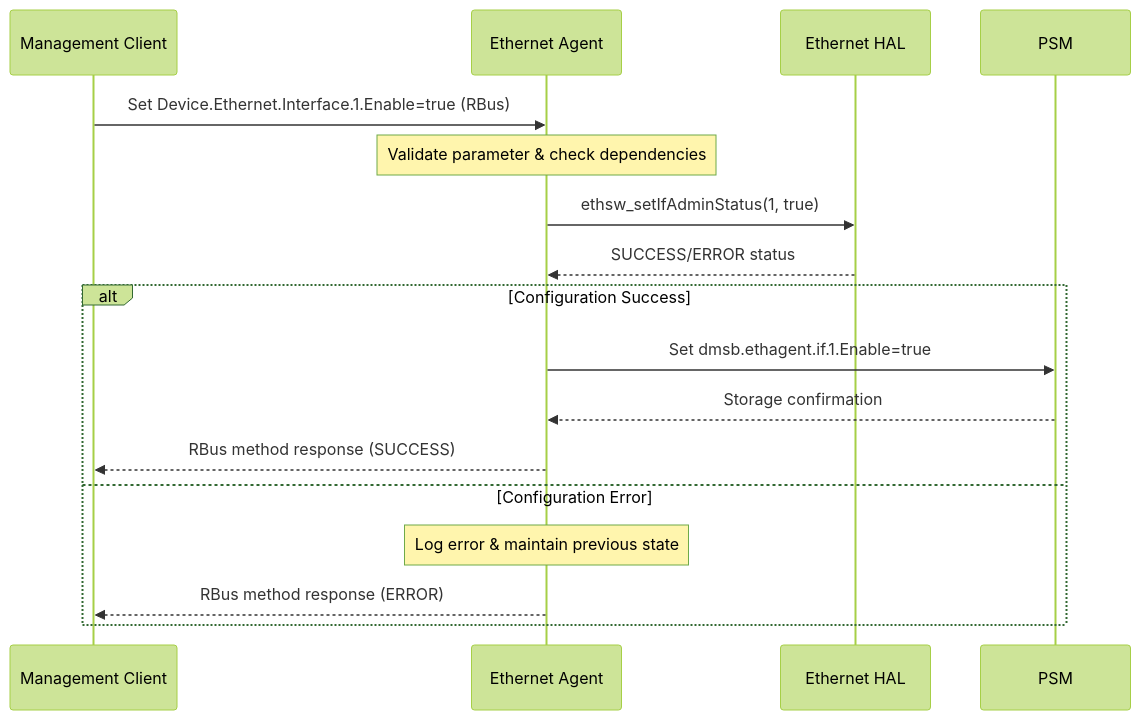
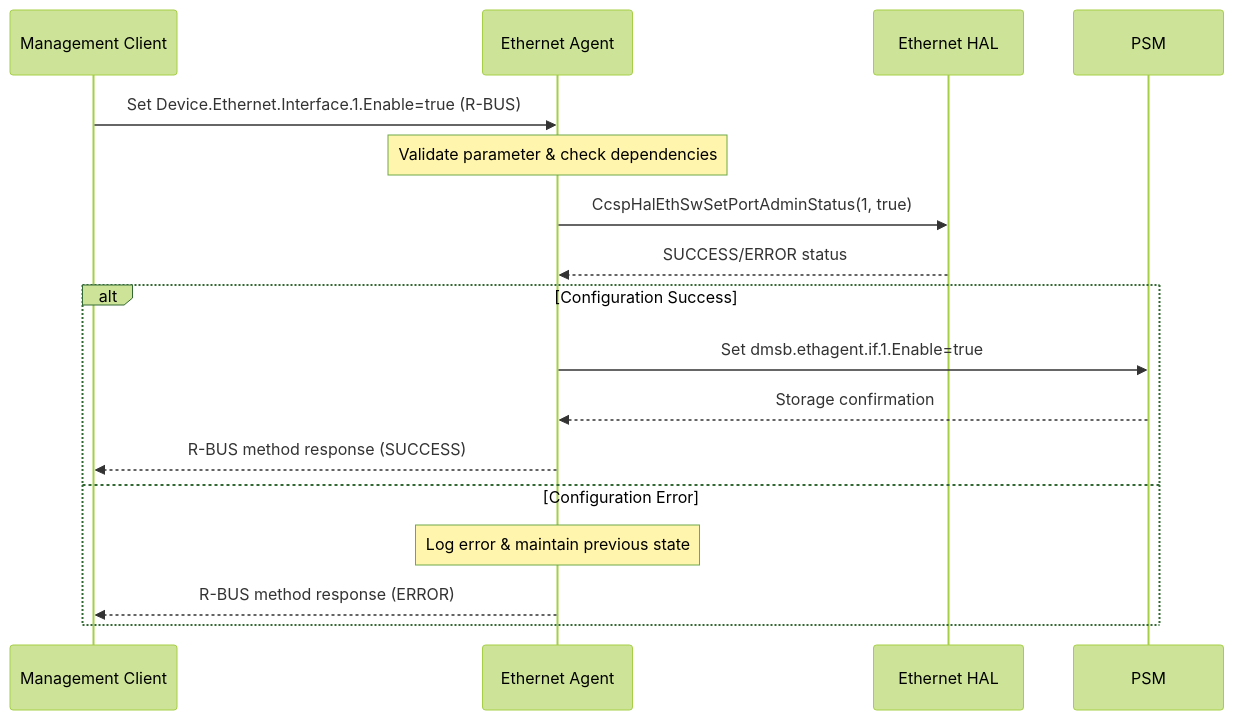
Before and after one commit to rdkcentral/ethernet-agent: the sixth of 7 diagrams in README.md, drawn with Mermaid (forest theme). The commit also changed other lines of this file, not shown here.

````diff
--- a/README.md
+++ b/README.md
@@ -406,20 +506,20 @@
 ```mermaid
 sequenceDiagram
     participant Client as Management Client
     participant EthAgent as Ethernet Agent
     participant HAL as Ethernet HAL
     participant PSM as PSM
 
-    Client->>EthAgent: Set Device.Ethernet.Interface.1.Enable=true (RBus)
+    Client->>EthAgent: Set Device.Ethernet.Interface.1.Enable=true (R-BUS)
     Note over EthAgent: Validate parameter & check dependencies
-    EthAgent->>HAL: ethsw_setIfAdminStatus(1, true)
+    EthAgent->>HAL: CcspHalEthSwSetPortAdminStatus(1, true)
     HAL-->>EthAgent: SUCCESS/ERROR status
     alt Configuration Success
         EthAgent->>PSM: Set dmsb.ethagent.if.1.Enable=true
         PSM-->>EthAgent: Storage confirmation
-        EthAgent-->>Client: RBus method response (SUCCESS)
+        EthAgent-->>Client: R-BUS method response (SUCCESS)
     else Configuration Error
         Note over EthAgent: Log error & maintain previous state
-        EthAgent-->>Client: RBus method response (ERROR)
+        EthAgent-->>Client: R-BUS method response (ERROR)
     end
 ```
````
